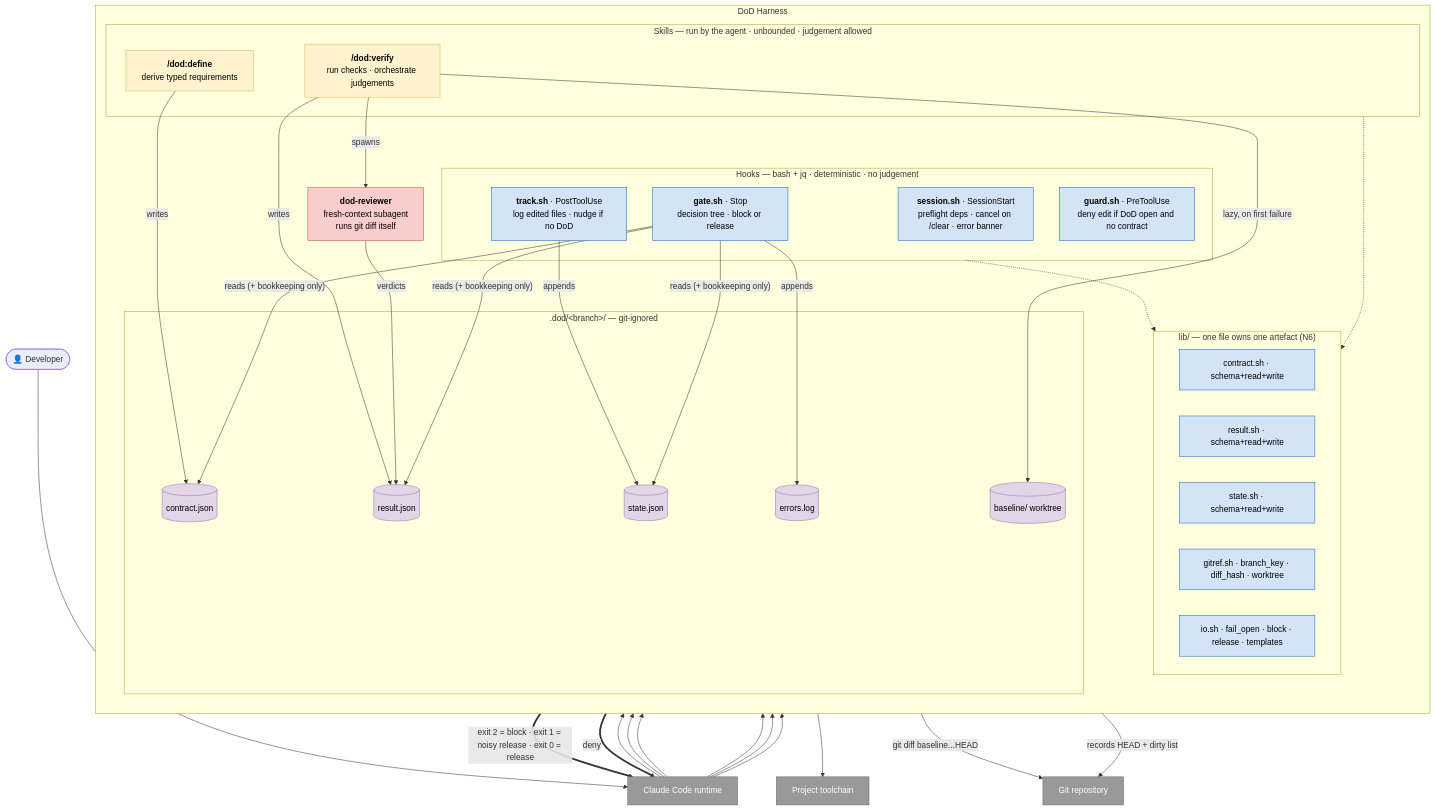
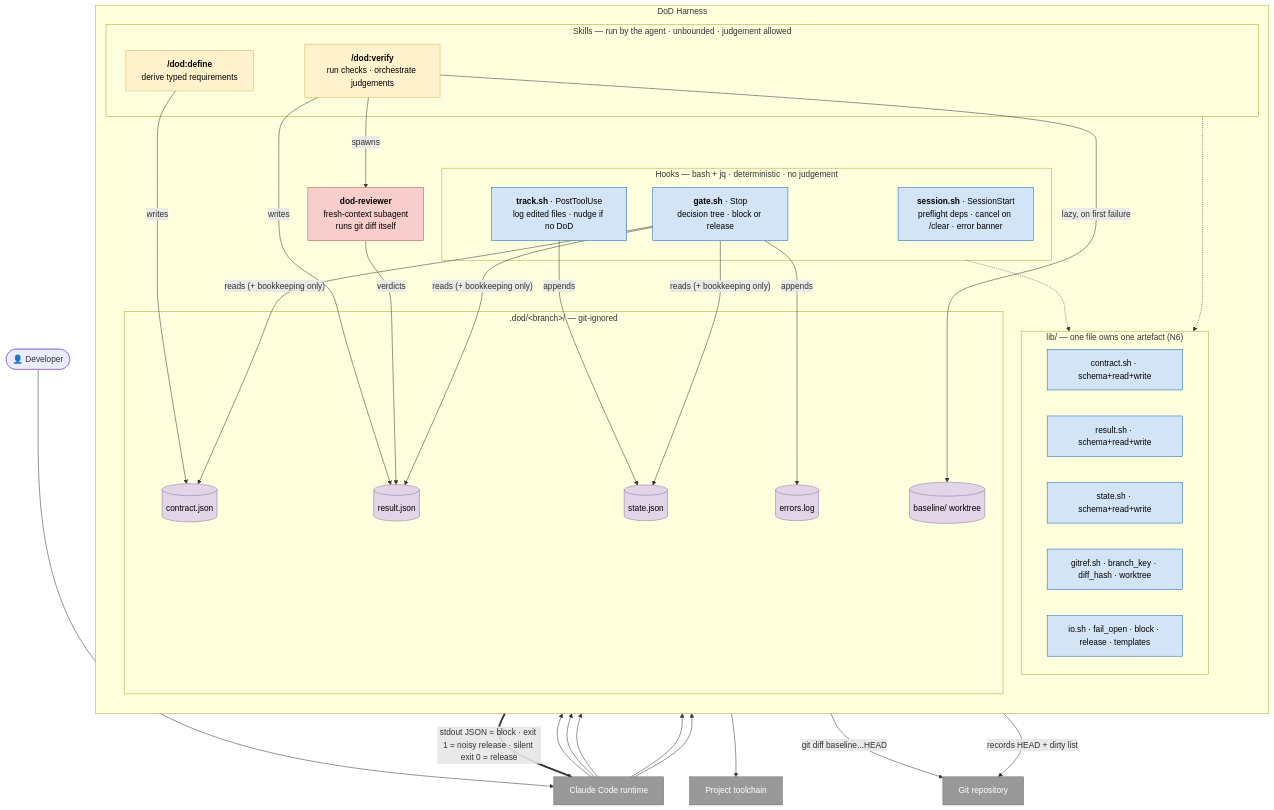
Before and after one commit to pehota/harlo: the second of 3 diagrams in docs/design-v2.md, drawn with Mermaid. The commit also changed other lines of this file and 1 other file, not shown here.

First line of the commit message:
docs(dod): guard.sh isn't needed — /dod:define is human-triggered (D12 revised)

````diff
--- a/docs/design-v2.md
+++ b/docs/design-v2.md
@@ -109,69 +109,67 @@
 ```mermaid
 flowchart TB
   DEV(["👤 Developer"])
   CC["Claude Code runtime"]
 
   subgraph HARNESS["DoD Harness"]
     direction TB
     subgraph HOOKS["Hooks — bash + jq · deterministic · no judgement"]
       SESS["<b>session.sh</b> · SessionStart<br/>preflight deps · cancel on /clear · error banner"]
-      GUARD["<b>guard.sh</b> · PreToolUse<br/>deny edit if DoD open and no contract"]
       TRACK["<b>track.sh</b> · PostToolUse<br/>log edited files · nudge if no DoD"]
       GATE["<b>gate.sh</b> · Stop<br/>decision tree · block or release"]
     end
     subgraph LIB["lib/ — one file owns one artefact (N6)"]
       CONTRACTLIB["contract.sh · schema+read+write"]
       RESULTLIB["result.sh · schema+read+write"]
       STATELIB["state.sh · schema+read+write"]
       GITREF["gitref.sh · branch_key · diff_hash · worktree"]
       IO["io.sh · fail_open · block · release · templates"]
     end
     subgraph SKILLS["Skills — run by the agent · unbounded · judgement allowed"]
       DEFINE["<b>/dod:define</b><br/>derive typed requirements"]
       VERIFY["<b>/dod:verify</b><br/>run checks · orchestrate judgements"]
     end
     REVIEWER["<b>dod-reviewer</b><br/>fresh-context subagent<br/>runs git diff itself"]
     subgraph STATE[".dod/&lt;branch&gt;/ — git-ignored"]
       CONTRACT[("contract.json")]
       RESULT[("result.json")]
       SSTATE[("state.json")]
       WT[("baseline/ worktree")]
       ERR[("errors.log")]
     end
   end
 
   GIT["Git repository"]
   TOOL["Project toolchain"]
 
   DEV --> CC
-  CC --> SESS & GUARD & TRACK & GATE
+  CC --> SESS & TRACK & GATE
   CC --> DEFINE & VERIFY
   HOOKS -.-> LIB
   SKILLS -.-> LIB
 
   DEFINE -->|writes| CONTRACT
   VERIFY -->|writes| RESULT
   VERIFY -->|spawns| REVIEWER
   REVIEWER -->|verdicts| RESULT
   TRACK -->|appends| SSTATE
   GATE -->|"reads (+ bookkeeping only)"| CONTRACT & RESULT & SSTATE
   GATE -->|appends| ERR
 
-  GATE ==>|"exit 2 = block · exit 1 = noisy release · exit 0 = release"| CC
-  GUARD ==>|deny| CC
+  GATE ==>|"stdout JSON = block · exit 1 = noisy release · silent exit 0 = release"| CC
   VERIFY --> TOOL
   VERIFY -->|lazy, on first failure| WT
   REVIEWER -->|git diff baseline...HEAD| GIT
   DEFINE -->|records HEAD + dirty list| GIT
 
   classDef hook fill:#d4e4f7,stroke:#1168bd,color:#000
   classDef skill fill:#fff2cc,stroke:#d6b656,color:#000
   classDef agent fill:#f8cecc,stroke:#b85450,color:#000
   classDef store fill:#e1d5e7,stroke:#9673a6,color:#000
   classDef ext fill:#999,stroke:#6b6b6b,color:#fff
-  class SESS,GUARD,TRACK,GATE,CONTRACTLIB,RESULTLIB,STATELIB,GITREF,IO hook
+  class SESS,TRACK,GATE,CONTRACTLIB,RESULTLIB,STATELIB,GITREF,IO hook
   class DEFINE,VERIFY skill
   class REVIEWER agent
   class CONTRACT,RESULT,SSTATE,WT,ERR store
   class CC,GIT,TOOL ext
 ```
````
